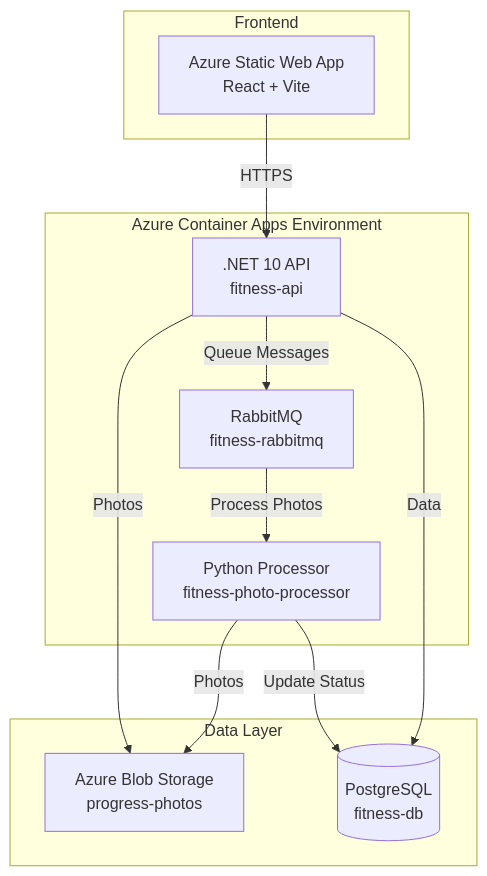
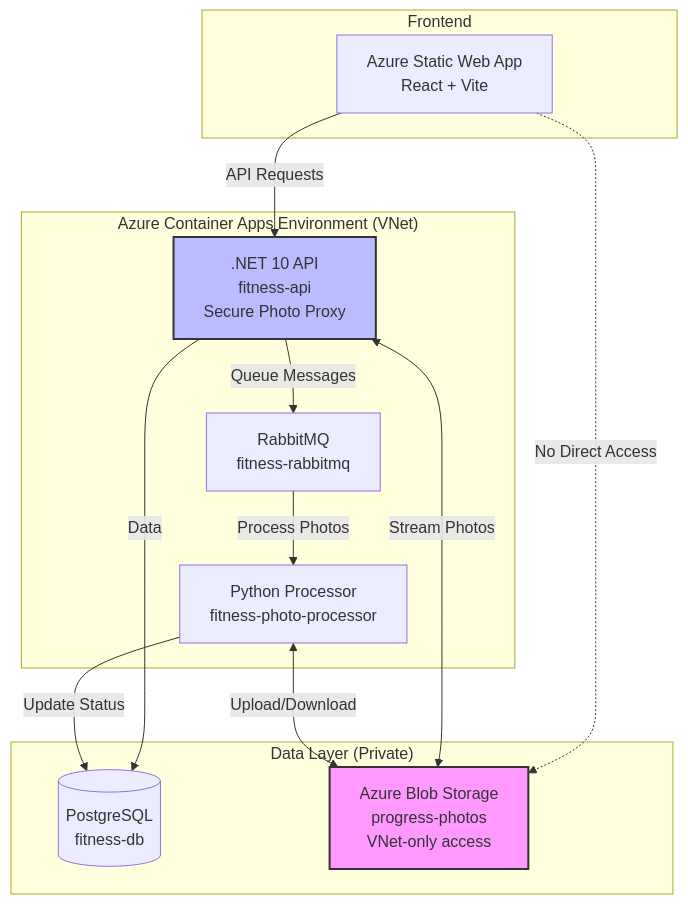
One commit to carsonmellblom/FitnessTracker changed the diagram in README.md. Above: the diagram before and after it, drawn with Mermaid. The commit also changed other lines of this file and 2 other files, not shown here.

Commit message:
Updated docks with new blob storage information and updated architecture for local and azure deployment

````diff
--- a/README.md
+++ b/README.md
@@ -7,25 +7,29 @@
 ```mermaid
 graph TB
     subgraph "Frontend"
         SWA[Azure Static Web App<br/>React + Vite]
     end
     
-    subgraph "Azure Container Apps Environment"
-        API[.NET 10 API<br/>fitness-api]
+    subgraph "Azure Container Apps Environment (VNet)"
+        API[.NET 10 API<br/>fitness-api<br/>Secure Photo Proxy]
         PROC[Python Processor<br/>fitness-photo-processor]
         RMQ[RabbitMQ<br/>fitness-rabbitmq]
     end
     
-    subgraph "Data Layer"
+    subgraph "Data Layer (Private)"
         DB[(PostgreSQL<br/>fitness-db)]
-        BLOB[Azure Blob Storage<br/>progress-photos]
+        BLOB[Azure Blob Storage<br/>progress-photos<br/>VNet-only access]
     end
     
-    SWA -->|HTTPS| API
-    API -->|Photos| BLOB
+    SWA -->|API Requests| API
+    SWA -.->|No Direct Access| BLOB
+    API <-->|Stream Photos| BLOB
     API -->|Queue Messages| RMQ
     API -->|Data| DB
     RMQ -->|Process Photos| PROC
-    PROC -->|Photos| BLOB
+    PROC <-->|Upload/Download| BLOB
     PROC -->|Update Status| DB
+    
+    style BLOB fill:#f9f,stroke:#333,stroke-width:2px
+    style API fill:#bbf,stroke:#333,stroke-width:2px
 ```
````
